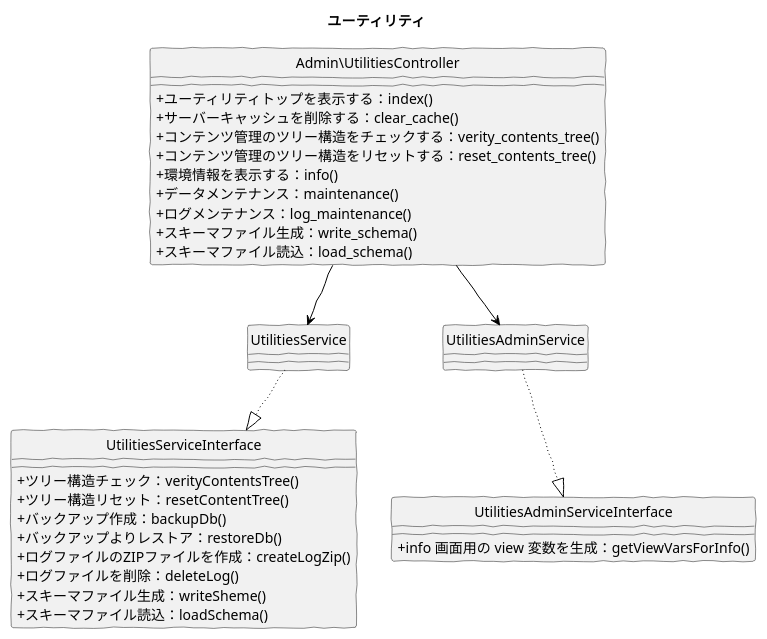
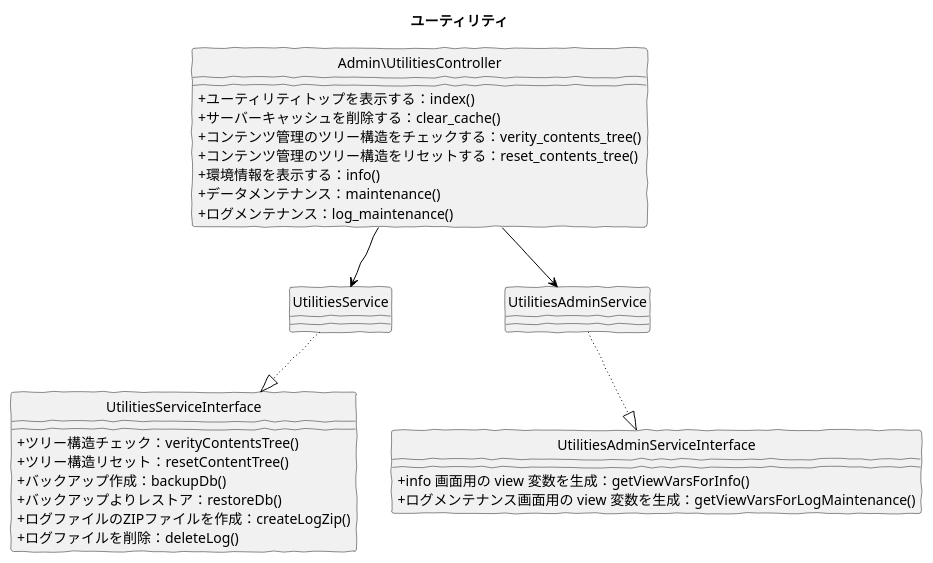
The diagram in src/puml/5/ucmitz/svg/class/manage_utilities.puml (baserproject/baserproject.github.io), drawn with PlantUML before and after one commit. The commit also changed 6 other files, not shown here.

```diff
--- a/src/puml/5/ucmitz/svg/class/manage_utilities.puml
+++ b/src/puml/5/ucmitz/svg/class/manage_utilities.puml
@@ -1,47 +1,44 @@
 @startuml
 skinparam handwritten true
 skinparam backgroundColor white
 hide circle
 skinparam classAttributeIconSize 0
 
 title ユーティリティ
 
 class Admin\UtilitiesController {
 	+ ユーティリティトップを表示する：index()
 	+ サーバーキャッシュを削除する：clear_cache()
 	+ コンテンツ管理のツリー構造をチェックする：verity_contents_tree()
 	+ コンテンツ管理のツリー構造をリセットする：reset_contents_tree()
 	+ 環境情報を表示する：info()
 	+ データメンテナンス：maintenance()
 	+ ログメンテナンス：log_maintenance()
-	+ スキーマファイル生成：write_schema()
-	+ スキーマファイル読込：load_schema()
 }
 
 class UtilitiesService {
 }
 
 class UtilitiesServiceInterface {
 	+ ツリー構造チェック：verityContentsTree()
 	+ ツリー構造リセット：resetContentTree()
 	+ バックアップ作成：backupDb()
 	+ バックアップよりレストア：restoreDb()
 	+ ログファイルのZIPファイルを作成：createLogZip()
 	+ ログファイルを削除：deleteLog()
-	+ スキーマファイル生成：writeSheme()
-	+ スキーマファイル読込：loadSchema()
 }
 
 class UtilitiesAdminService {
 }
 
 class UtilitiesAdminServiceInterface {
 	+ info 画面用の view 変数を生成：getViewVarsForInfo()
+	+ ログメンテナンス画面用の view 変数を生成：getViewVarsForLogMaintenance()
 }
 
 Admin\UtilitiesController -down[#Black]-> UtilitiesService
 Admin\UtilitiesController -down[#Black]-> UtilitiesAdminService
 UtilitiesService -down[dotted,#Black]-|> UtilitiesServiceInterface
 UtilitiesAdminService -down[dotted,#Black]-|> UtilitiesAdminServiceInterface
 
 @enduml
```
